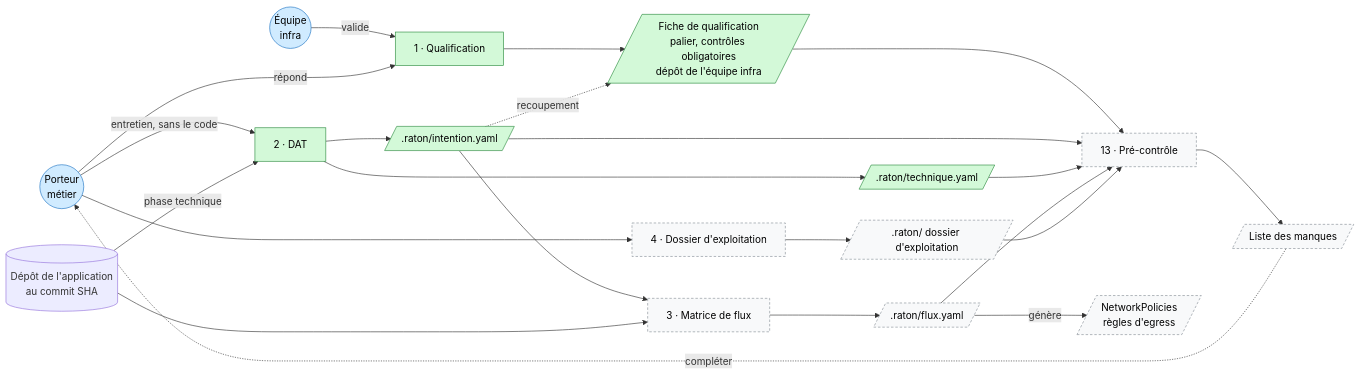
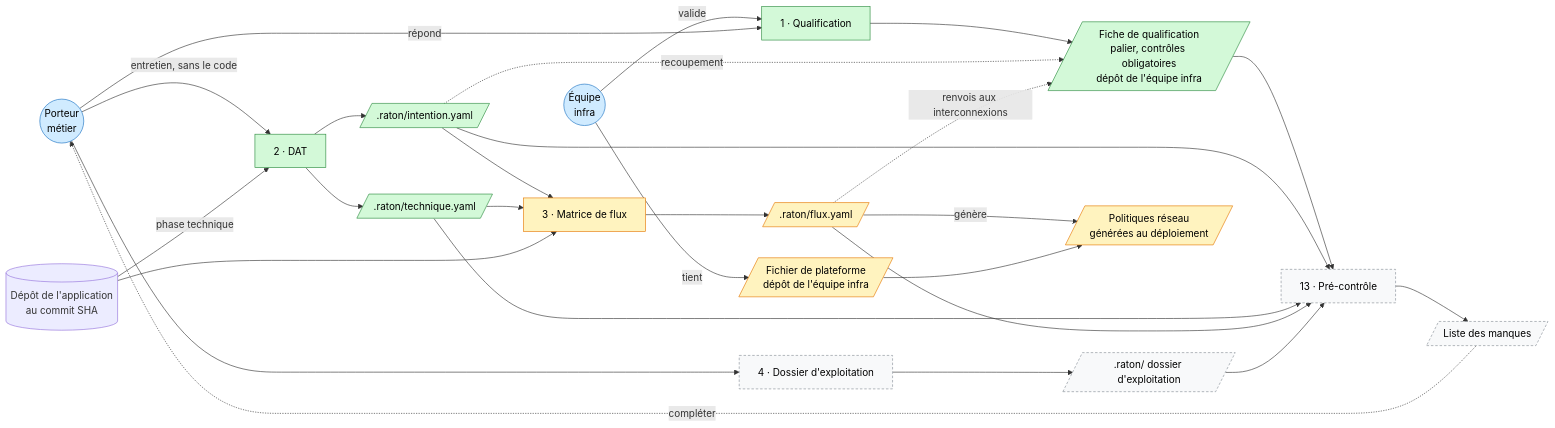
Before and after one commit to Jul0ow/Raton: the third of 5 diagrams in docs/architecture.md, drawn with Mermaid. The commit also changed other lines of this file and 17 other files, not shown here.

First line of the commit message:
Propose un format pour la matrice de flux

````diff
--- a/docs/architecture.md
+++ b/docs/architecture.md
@@ -106,50 +106,56 @@
 ```mermaid
 flowchart LR
   M(("Porteur<br/>métier"))
   E(("Équipe<br/>infra"))
   CODE[("Dépôt de l'application<br/>au commit SHA")]
 
   Q["1 · Qualification"]
   DAT["2 · DAT"]
+  MF["3 · Matrice de flux"]
   EXP["4 · Dossier d'exploitation"]
-  MF["3 · Matrice de flux"]
   PC["13 · Pré-contrôle"]
 
   QF[/"Fiche de qualification<br/>palier, contrôles obligatoires<br/>dépôt de l'équipe infra"/]
   INT[/".raton/intention.yaml"/]
   TEC[/".raton/technique.yaml"/]
   EXF[/".raton/ dossier d'exploitation"/]
   FLX[/".raton/flux.yaml"/]
-  NP[/"NetworkPolicies<br/>règles d'egress"/]
+  PLT[/"Fichier de plateforme<br/>dépôt de l'équipe infra"/]
+  NP[/"Politiques réseau<br/>générées au déploiement"/]
   MQ[/"Liste des manques"/]
 
   E -->|"valide"| Q
   M -->|"répond"| Q
   M -->|"entretien, sans le code"| DAT
   CODE -->|"phase technique"| DAT
-  M --> EXP
   Q --> QF
   DAT --> INT
   DAT --> TEC
   INT -.->|"recoupement"| QF
-  EXP --> EXF
   INT --> MF
+  TEC --> MF
   CODE --> MF
   MF --> FLX
+  FLX -.->|"renvois aux interconnexions"| QF
   FLX -->|"génère"| NP
+  E -->|"tient"| PLT
+  PLT --> NP
+  M --> EXP
+  EXP --> EXF
   QF --> PC
   INT --> PC
   TEC --> PC
   FLX --> PC
   EXF --> PC
   PC --> MQ
   MQ -.->|"compléter"| M
 
   classDef humain fill:#d0ebff,stroke:#1971c2,color:#000
   classDef fait fill:#d3f9d8,stroke:#2b8a3e,color:#000
   classDef propose fill:#fff3bf,stroke:#e67700,color:#000
   classDef afaire fill:#f8f9fa,stroke:#868e96,color:#000,stroke-dasharray:4 3
   class M,E humain
   class Q,QF,DAT,INT,TEC fait
-  class MF,EXP,PC,FLX,EXF,NP,MQ afaire
+  class MF,FLX,PLT,NP propose
+  class EXP,PC,EXF,MQ afaire
 ```
````
